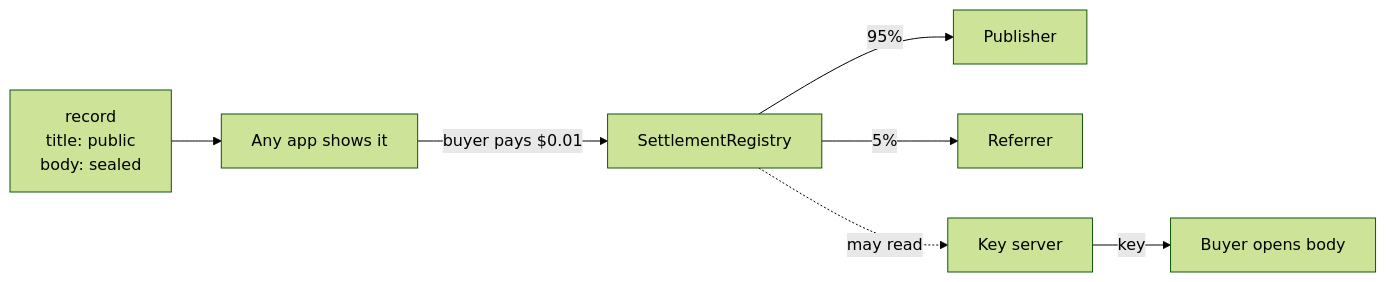
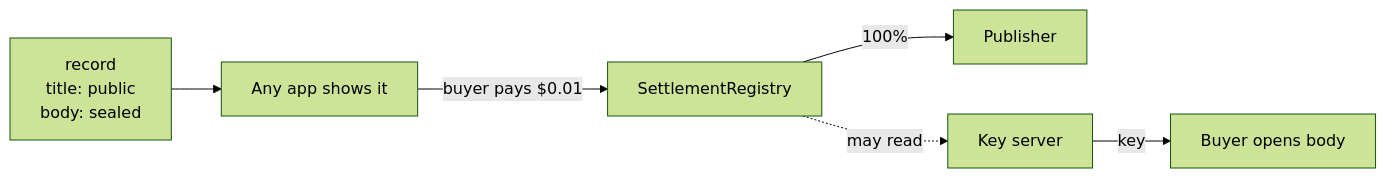
One commit to fangorn-network/websites changed the diagram in docs.fangorn.network/docs/sell-records.mdx. Above: the diagram before and after it, drawn with Mermaid (forest theme). The commit also changed other lines of this file and 20 other files, not shown here.

````diff
--- a/docs.fangorn.network/docs/sell-records.mdx
+++ b/docs.fangorn.network/docs/sell-records.mdx
@@ -11,8 +11,7 @@
 ```mermaid
 flowchart LR
   R["record<br/>title: public<br/>body: sealed"] --> A[Any app shows it]
   A -- buyer pays $0.01 --> S[SettlementRegistry]
-  S -- 95% --> P[Publisher]
-  S -- 5% --> T[Referrer]
+  S -- 100% --> P[Publisher]
   S -. may read .-> K[Key server] -- key --> B[Buyer opens body]
 ```
````
